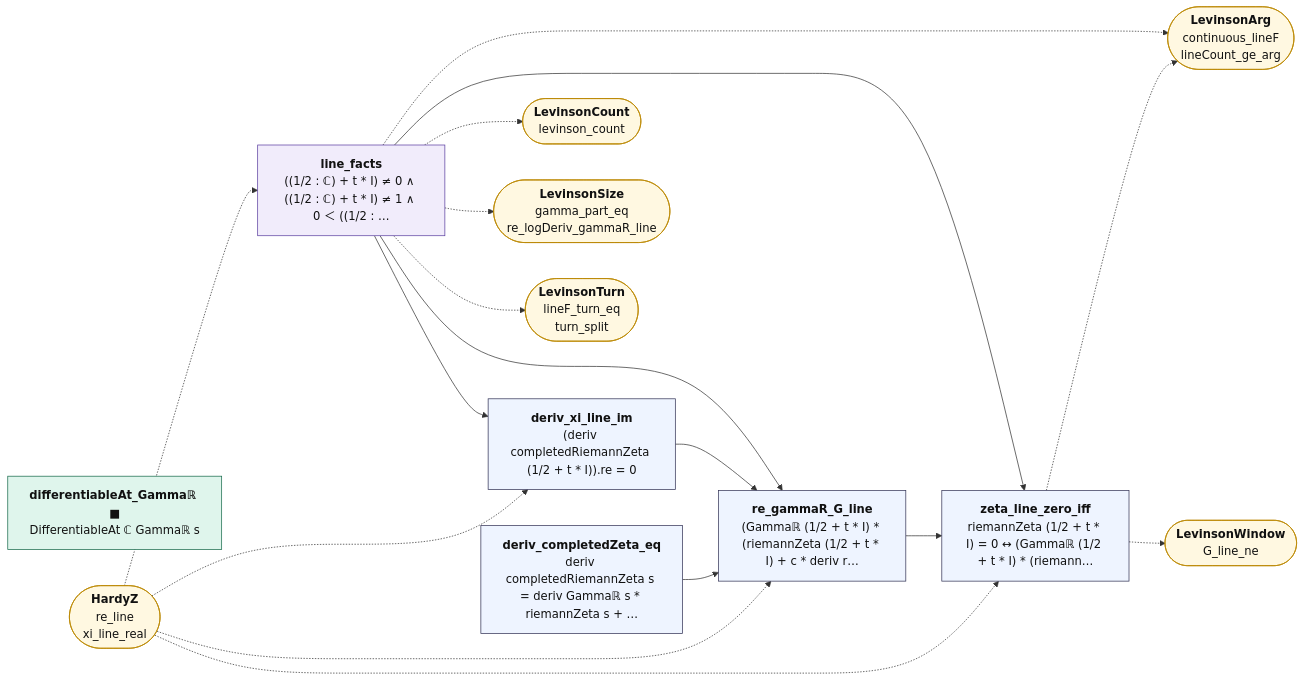
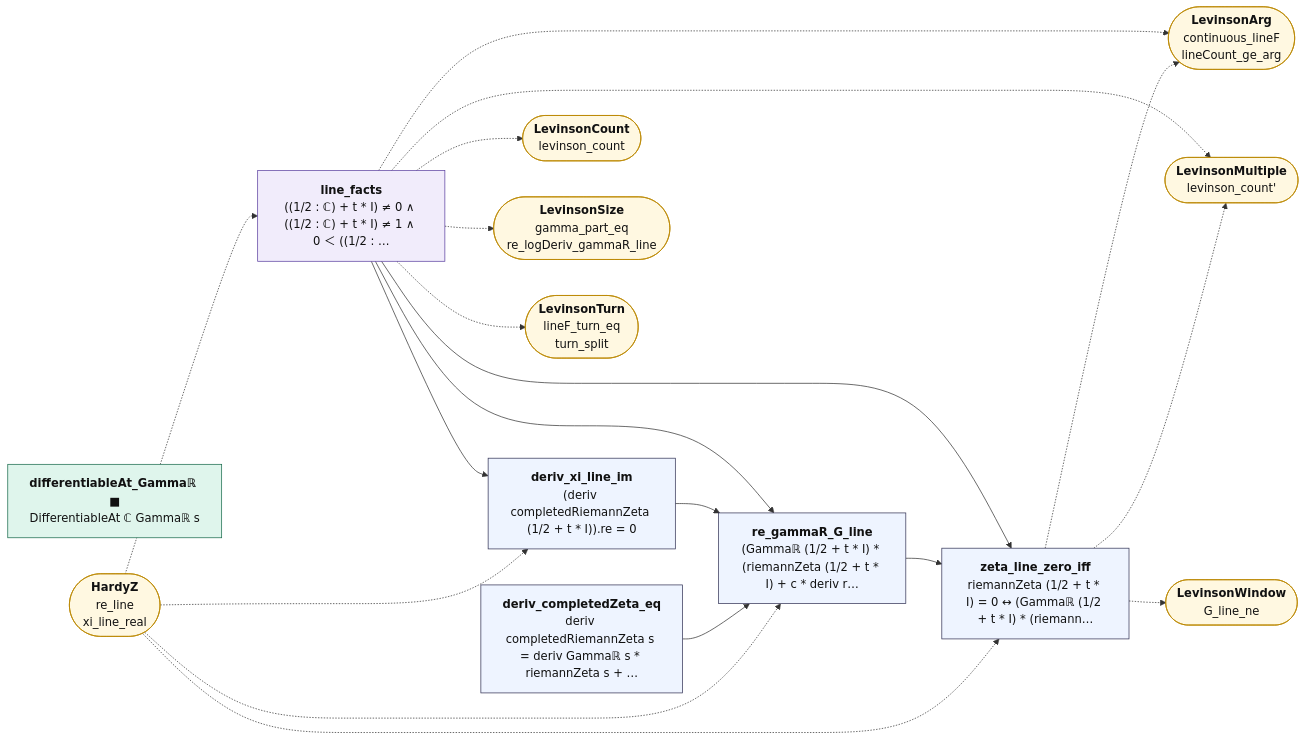
Before and after one commit to juliansambranojr/Primebeat_081426: the diagram in map/lean_stage3/LevinsonLine.md, drawn with Mermaid. The commit also changed other lines of this file and 39 other files, not shown here.

````diff
--- a/map/lean_stage3/LevinsonLine.md
+++ b/map/lean_stage3/LevinsonLine.md
@@ -14,39 +14,42 @@
 ```mermaid
 flowchart LR
   n0["<b>line_facts</b><br/>((1/2 : ℂ) + t * I) ≠ 0 ∧ ((1/2 : ℂ) + t * I) ≠ 1 ∧ 0 ＜ ((1/2 : …"]:::shp
   n1["<b>deriv_xi_line_im</b><br/>(deriv completedRiemannZeta (1/2 + t * I)).re = 0"]:::thm
   n2["<b>differentiableAt_Gammaℝ ■</b><br/>DifferentiableAt ℂ Gammaℝ s"]:::cnt
   n3["<b>deriv_completedZeta_eq</b><br/>deriv completedRiemannZeta s = deriv Gammaℝ s * riemannZeta s + …"]:::thm
   n4["<b>re_gammaR_G_line</b><br/>(Gammaℝ (1/2 + t * I) * (riemannZeta (1/2 + t * I) + c * deriv r…"]:::thm
   n5["<b>zeta_line_zero_iff</b><br/>riemannZeta (1/2 + t * I) = 0 ↔ (Gammaℝ (1/2 + t * I) * (riemann…"]:::thm
   x0(["<b>HardyZ</b><br/>re_line<br/>xi_line_real"]):::ext
   x1(["<b>LevinsonArg</b><br/>continuous_lineF<br/>lineCount_ge_arg"]):::ext
   x2(["<b>LevinsonCount</b><br/>levinson_count"]):::ext
-  x3(["<b>LevinsonSize</b><br/>gamma_part_eq<br/>re_logDeriv_gammaR_line"]):::ext
-  x4(["<b>LevinsonTurn</b><br/>lineF_turn_eq<br/>turn_split"]):::ext
-  x5(["<b>LevinsonWindow</b><br/>G_line_ne"]):::ext
+  x3(["<b>LevinsonMultiple</b><br/>levinson_count'"]):::ext
+  x4(["<b>LevinsonSize</b><br/>gamma_part_eq<br/>re_logDeriv_gammaR_line"]):::ext
+  x5(["<b>LevinsonTurn</b><br/>lineF_turn_eq<br/>turn_split"]):::ext
+  x6(["<b>LevinsonWindow</b><br/>G_line_ne"]):::ext
   n0 --> n1
   n0 --> n4
   n0 --> n5
   n1 --> n4
   n3 --> n4
   n4 --> n5
   n0 -.-> x1
   n0 -.-> x2
   n0 -.-> x3
   n0 -.-> x4
+  n0 -.-> x5
   n5 -.-> x1
-  n5 -.-> x5
+  n5 -.-> x3
+  n5 -.-> x6
   x0 -.-> n0
   x0 -.-> n1
   x0 -.-> n4
   x0 -.-> n5
   classDef cnt fill:#dff5ec,stroke:#17694a,color:#111
   classDef shp fill:#f1ecfb,stroke:#5b3fa0,color:#111
   classDef rh fill:#ffe5e5,stroke:#c22,color:#111,stroke-width:2px
   classDef thm fill:#eef4ff,stroke:#335,color:#111
   classDef end_ fill:#e7f7e7,stroke:#2a7,color:#111,stroke-width:2px
   classDef lone fill:#fff,stroke:#999,color:#111,stroke-dasharray:4 3
   classDef bad fill:#ffe5e5,stroke:#c22,color:#111,stroke-width:2px
   classDef ext fill:#fff8e1,stroke:#b80,color:#111
 ```
````
